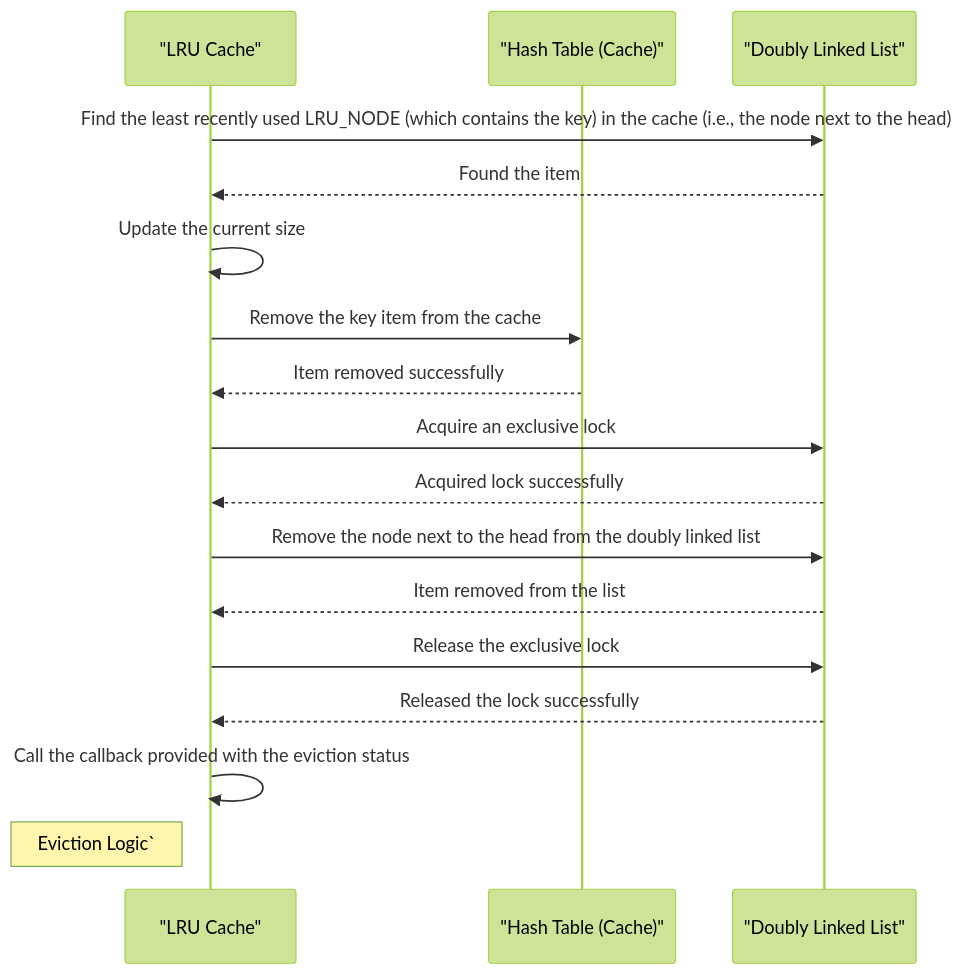
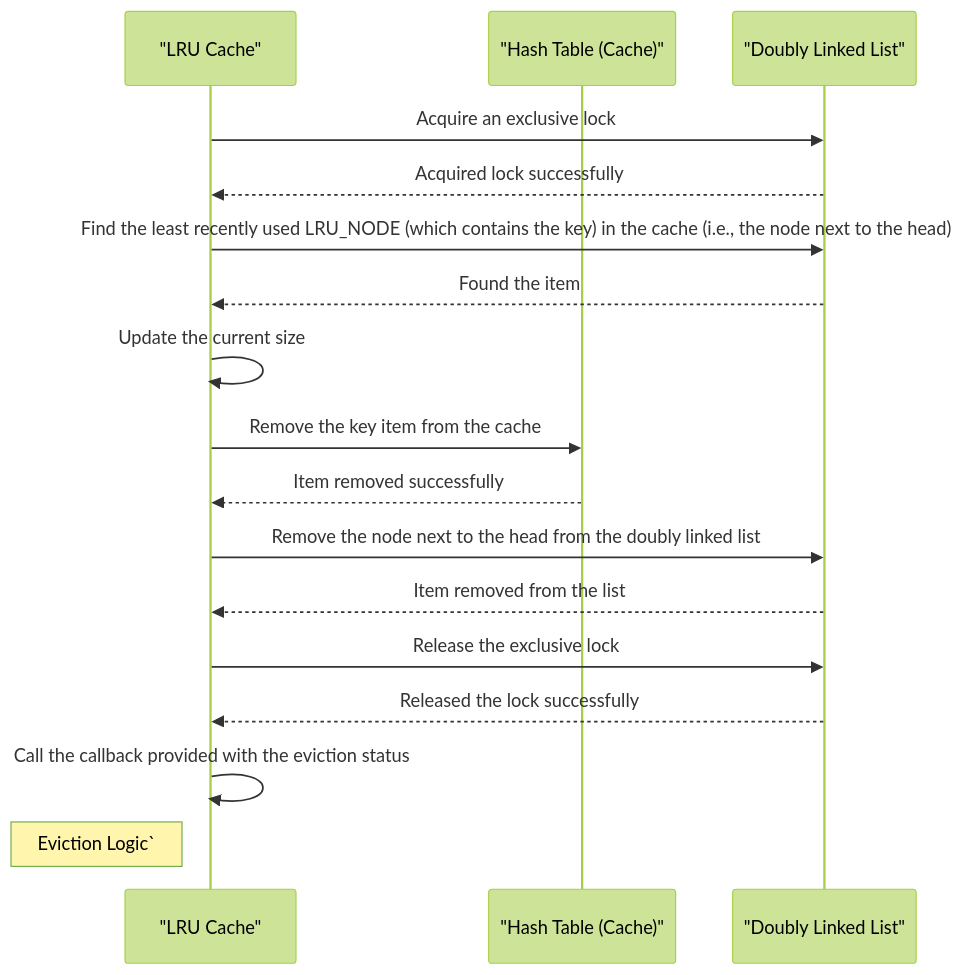
Before and after one commit to Azure/clds: the second of 3 diagrams in devdoc/lru_cache_design.md, drawn with Mermaid (forest theme). The commit also changed other lines of this file and 3 other files, not shown here.

````diff
--- a/devdoc/lru_cache_design.md
+++ b/devdoc/lru_cache_design.md
@@ -99,19 +101,19 @@
 ```mermaid
 sequenceDiagram
     participant Cache as "LRU Cache"
     participant HashTable as "Hash Table (Cache)"
     participant DoublyLinkedList as "Doubly Linked List"
+    Cache ->> DoublyLinkedList: Acquire an exclusive lock
+    DoublyLinkedList -->> Cache: Acquired lock successfully
     Cache ->> DoublyLinkedList: Find the least recently used LRU_NODE (which contains the key) in the cache (i.e., the node next to the head)
     DoublyLinkedList -->> Cache: Found the item
     Cache ->> Cache: Update the current size
     Cache ->> HashTable: Remove the key item from the cache
     HashTable -->> Cache: Item removed successfully
-    Cache ->> DoublyLinkedList: Acquire an exclusive lock
-    DoublyLinkedList -->> Cache: Acquired lock successfully
     Cache ->> DoublyLinkedList: Remove the node next to the head from the doubly linked list
     DoublyLinkedList -->> Cache: Item removed from the list
     Cache ->> DoublyLinkedList: Release the exclusive lock
     DoublyLinkedList -->> Cache: Released the lock successfully
     Cache ->> Cache: Call the callback provided with the eviction status
     Note left of Cache: Eviction Logic` 
 ```
````
